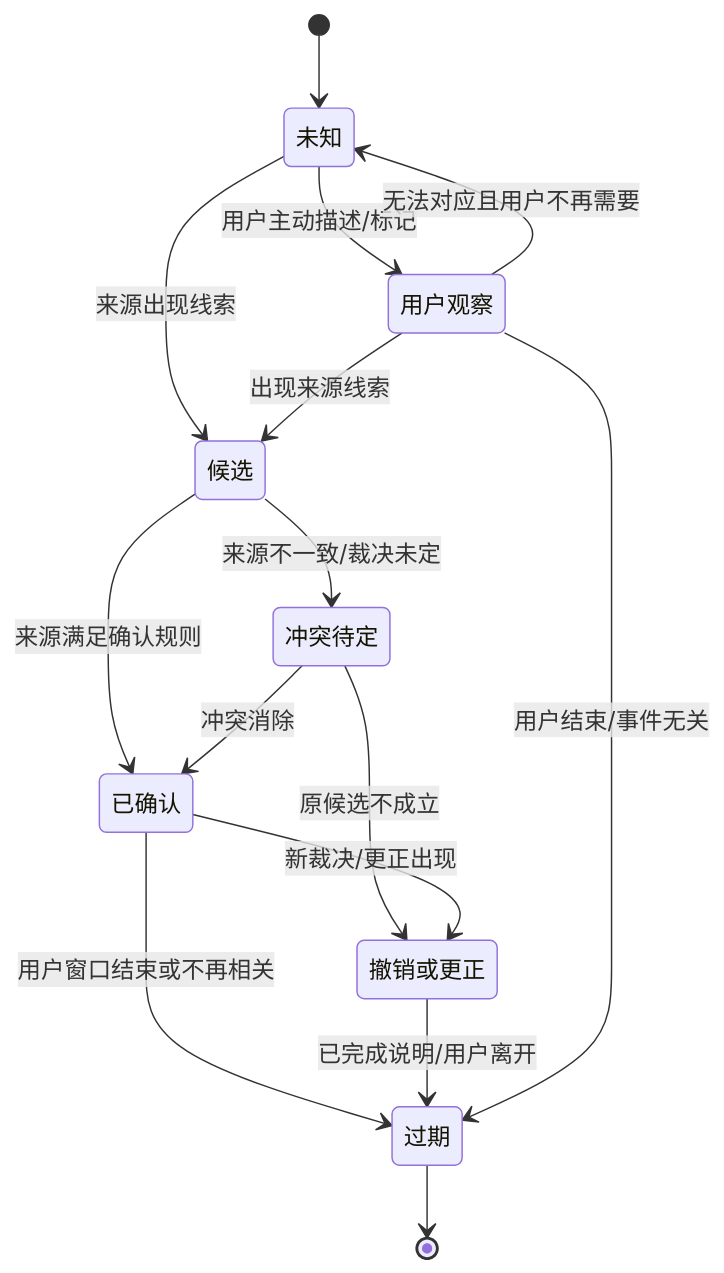
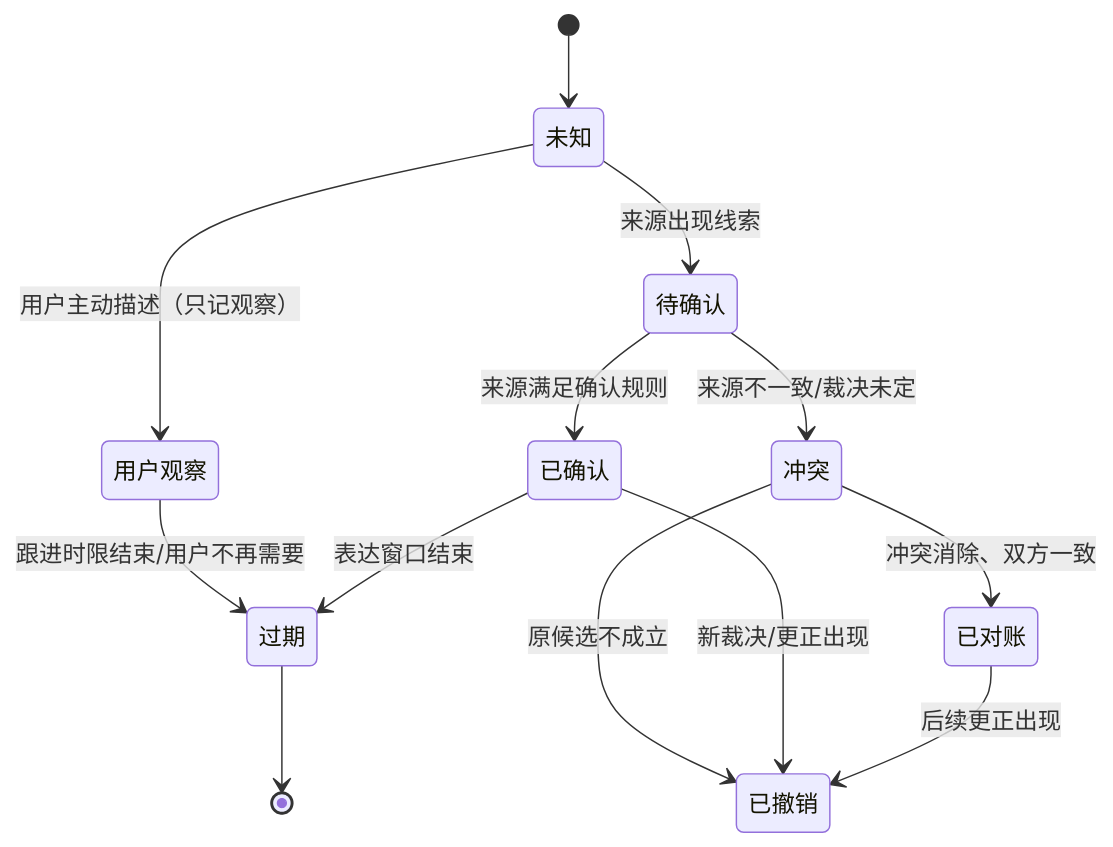
One commit to weiz98417-crypto/qiuqiu changed the second of 3 diagrams in docs/球球全套资料/4.产品设计/24-直播延迟与用户观察协调设计.md. Above: the diagram before and after it, drawn with Mermaid. The commit also changed other lines of this file and 49 other files, not shown here.

````diff
--- a/docs/球球全套资料/4.产品设计/24-直播延迟与用户观察协调设计.md
+++ b/docs/球球全套资料/4.产品设计/24-直播延迟与用户观察协调设计.md
@@ -229,17 +214,15 @@
 ```mermaid
 stateDiagram-v2
     [*] --> 未知
-    未知 --> 用户观察: 用户主动描述/标记
-    未知 --> 候选: 来源出现线索
-    用户观察 --> 候选: 出现来源线索
-    用户观察 --> 未知: 无法对应且用户不再需要
-    候选 --> 已确认: 来源满足确认规则
-    候选 --> 冲突待定: 来源不一致/裁决未定
-    冲突待定 --> 已确认: 冲突消除
-    冲突待定 --> 撤销或更正: 原候选不成立
-    已确认 --> 撤销或更正: 新裁决/更正出现
-    已确认 --> 过期: 用户窗口结束或不再相关
-    撤销或更正 --> 过期: 已完成说明/用户离开
-    用户观察 --> 过期: 用户结束/事件无关
+    未知 --> 用户观察: 用户主动描述（只记观察）
+    未知 --> 待确认: 来源出现线索
+    待确认 --> 已确认: 来源满足确认规则
+    待确认 --> 冲突: 来源不一致/裁决未定
+    冲突 --> 已对账: 冲突消除、双方一致
+    冲突 --> 已撤销: 原候选不成立
+    已确认 --> 已撤销: 新裁决/更正出现
+    已对账 --> 已撤销: 后续更正出现
+    用户观察 --> 过期: 跟进时限结束/用户不再需要
+    已确认 --> 过期: 表达窗口结束
     过期 --> [*]
 ```
````
